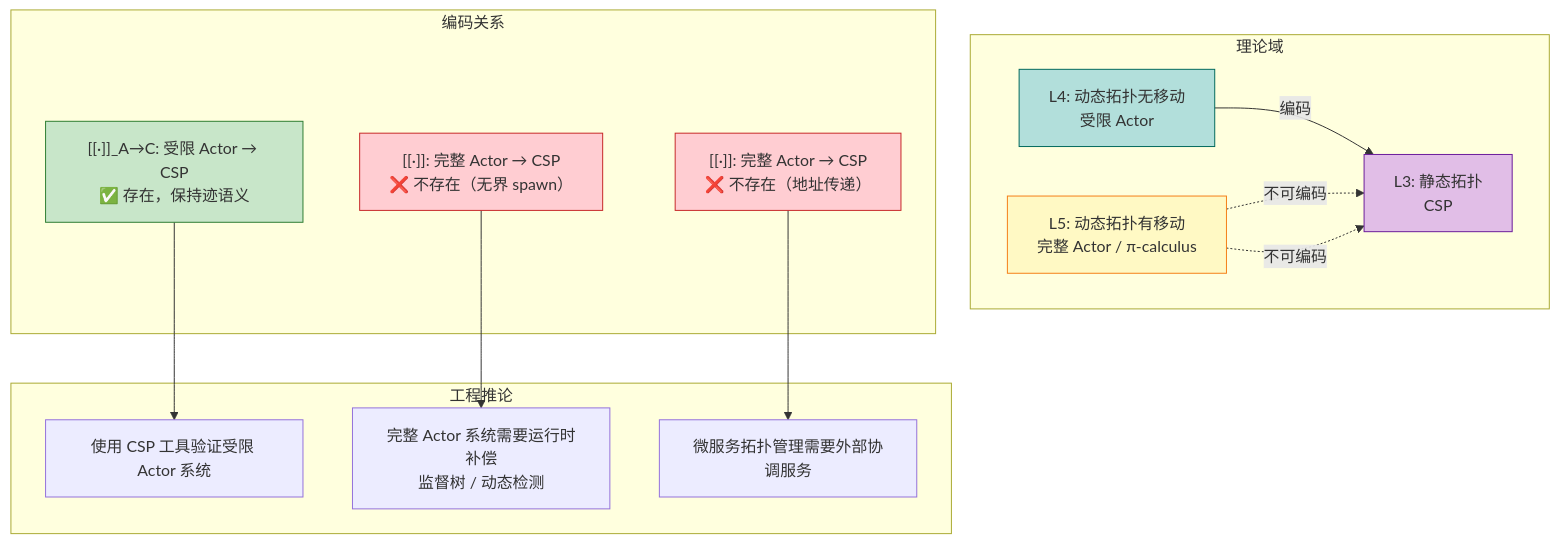
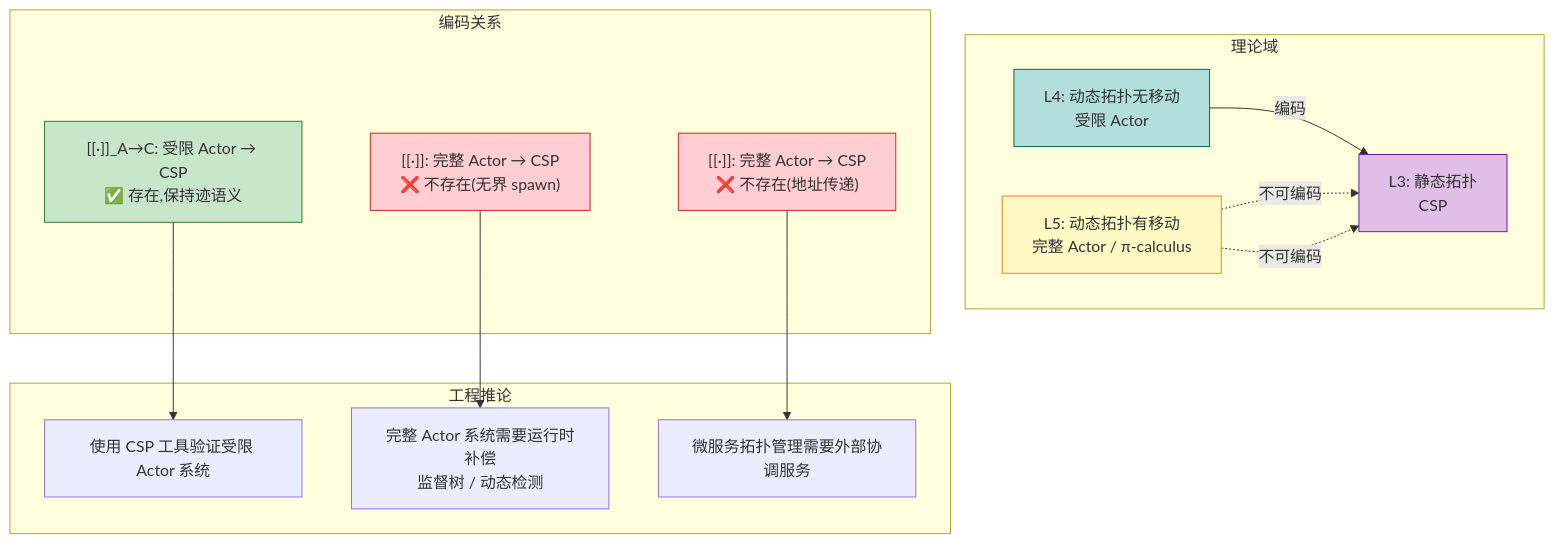
The fifth of 5 diagrams in Struct/03-relationships/03.01-actor-to-csp-encoding.md (AdaMartin18010/AnalysisDataFlow), drawn with Mermaid before and after one commit. The commit also changed other lines of this file and 634 other files, not shown here.

````diff
--- a/Struct/03-relationships/03.01-actor-to-csp-encoding.md
+++ b/Struct/03-relationships/03.01-actor-to-csp-encoding.md
@@ -728,35 +728,35 @@
 ```mermaid
 graph TB
     subgraph "理论域"
         T1[L3: 静态拓扑<br/>CSP]
         T2[L4: 动态拓扑无移动<br/>受限 Actor]
         T3[L5: 动态拓扑有移动<br/>完整 Actor / π-calculus]
     end
 
     subgraph "编码关系"
-        E1["[[·]]_A→C: 受限 Actor → CSP<br/>✅ 存在，保持迹语义"]
-        E2["[[·]]: 完整 Actor → CSP<br/>❌ 不存在（无界 spawn）"]
-        E3["[[·]]: 完整 Actor → CSP<br/>❌ 不存在（地址传递）"]
+        E1["[[·]]_A→C: 受限 Actor → CSP<br/>✅ 存在,保持迹语义"]
+        E2["[[·]]: 完整 Actor → CSP<br/>❌ 不存在(无界 spawn)"]
+        E3["[[·]]: 完整 Actor → CSP<br/>❌ 不存在(地址传递)"]
     end
 
     subgraph "工程推论"
         I1["使用 CSP 工具验证受限 Actor 系统"]
         I2["完整 Actor 系统需要运行时补偿<br/>监督树 / 动态检测"]
         I3["微服务拓扑管理需要外部协调服务"]
     end
 
     T2 -->|编码| T1
     T3 -.->|不可编码| T1
     T3 -.->|不可编码| T1
 
     E1 --> I1
     E2 --> I2
     E3 --> I3
 
     style T1 fill:#e1bee7,stroke:#6a1b9a
     style T2 fill:#b2dfdb,stroke:#00695c
     style T3 fill:#fff9c4,stroke:#f57f17
     style E1 fill:#c8e6c9,stroke:#2e7d32
     style E2 fill:#ffcdd2,stroke:#c62828
     style E3 fill:#ffcdd2,stroke:#c62828
 ```
````
